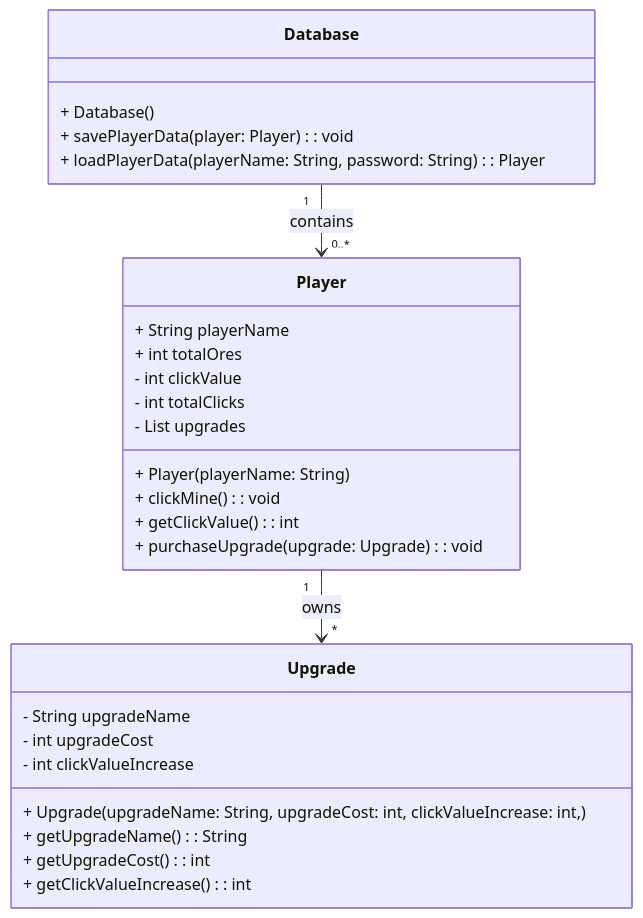
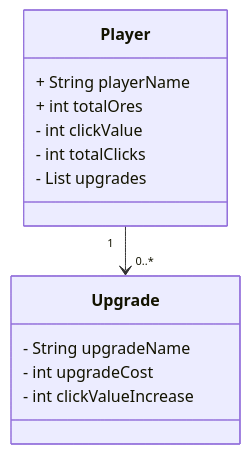
The first of 2 diagrams in README.md (KAYRAHxWOLF/MasterMinerV1), drawn with Mermaid before and after one commit.

````diff
--- a/README.md
+++ b/README.md
@@ -30,31 +30,17 @@
 ```mermaid
 classDiagram
     class Player {
         + String playerName
         + int totalOres
         - int clickValue
         - int totalClicks
         - List<Upgrade> upgrades
-        + Player(playerName: String)
-        + clickMine(): void
-        + getClickValue(): int
-        + purchaseUpgrade(upgrade: Upgrade): void
     }
     class Upgrade {
         - String upgradeName
         - int upgradeCost
         - int clickValueIncrease
-        + Upgrade(upgradeName: String, upgradeCost: int, clickValueIncrease: int,)
-        + getUpgradeName(): String
-        + getUpgradeCost(): int
-        + getClickValueIncrease(): int
-    }
-      class Database { 
-      + Database() 
-      + savePlayerData(player: Player): void 
-      + loadPlayerData(playerName: String, password: String): Player
     }
 
-    Player "1" --> "*" Upgrade : owns
-    Database "1" --> "0..*" Player : contains
+    Player "1" --> "0..*" Upgrade
 ```
````
